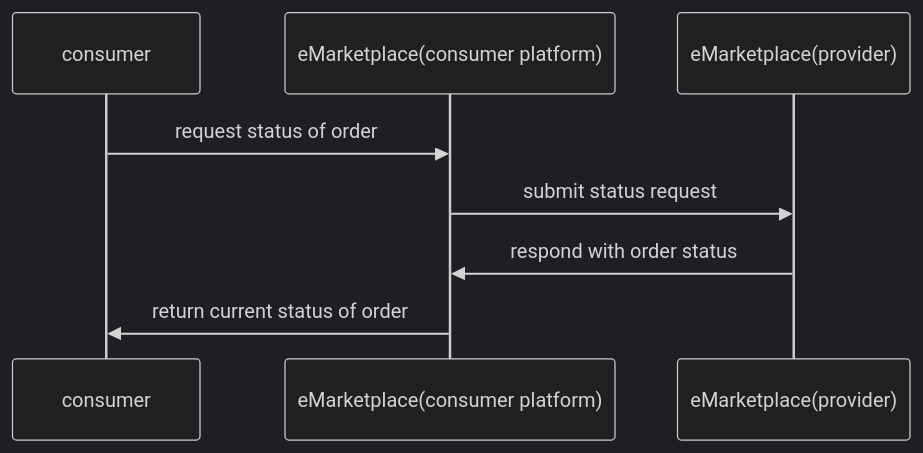
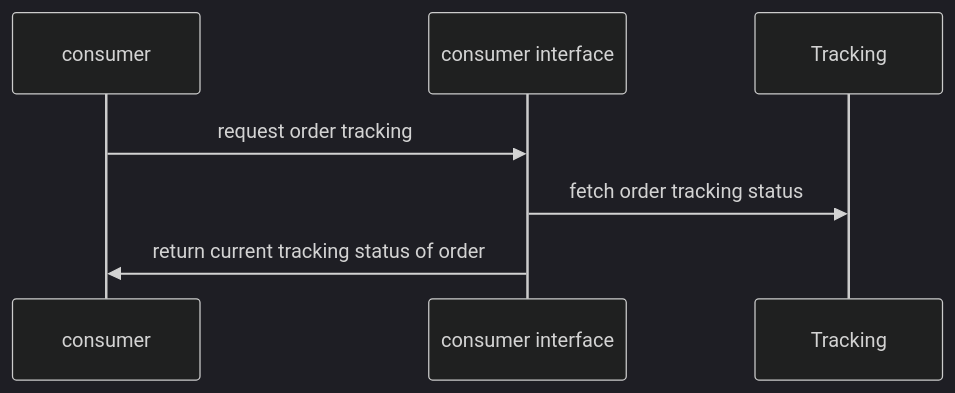
One commit to GovStackWorkingGroup/bb-emarketplace changed the seventh of 14 diagrams in spec/9-workflows.md. Above: the diagram before and after it, drawn with Mermaid (dark theme). The commit also changed other lines of this file and 3 other files, not shown here.

````diff
--- a/spec/9-workflows.md
+++ b/spec/9-workflows.md
@@ -98,7 +147,6 @@
 ```mermaid
 sequenceDiagram
-consumer->>eMarketplace(consumer platform): request status of order
-    eMarketplace(consumer platform)->>eMarketplace(provider): submit status request
-    eMarketplace(provider)->>eMarketplace(consumer platform): respond with order status
-    eMarketplace(consumer platform)->>consumer: return current status of order
+consumer->>consumer interface: request order tracking
+    consumer interface->>Tracking:fetch order tracking status
+    consumer interface->>consumer: return current tracking status of order
 ```
````
